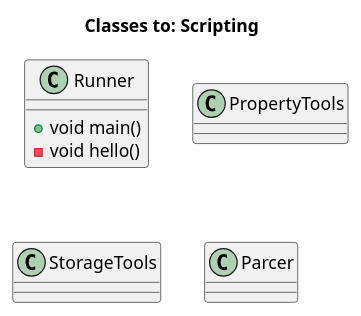
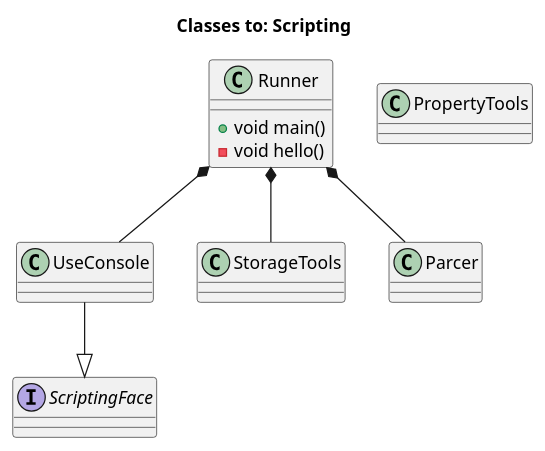
The diagram in src/main/documentation/uml/class.puml (esoe/J120-lab02-task2), drawn with PlantUML before and after one commit. The commit also changed 4 other files, not shown here.

```diff
--- a/src/main/documentation/uml/class.puml
+++ b/src/main/documentation/uml/class.puml
@@ -1,16 +1,23 @@
 @startuml
 title "Classes to: Scripting"
 class Runner /'Запуск программы'/
+interface ScriptingFace /'Интерфейс устанавливающий методы взаимодействия пользователя и программы'/
+class UseConsole /'Реализация консольного интерфейса ScriptingFace'/
 class PropertyTools /'Работа с настройками программы'/
 /'class ConsoleTools Работа с консолью'/
 class StorageTools /'Работа с файлами'/
 class Parcer /'Обработка текста'/
 
 class Runner{
     /'Запуск программы'/
     + void main()
     /'Приветствие пользователя и вывод мануала'/
     - void hello()
 }
 
+Runner *-- UseConsole
+Runner *-- StorageTools
+Runner *-- Parcer
+
+UseConsole --|> ScriptingFace 
 @enduml
```
